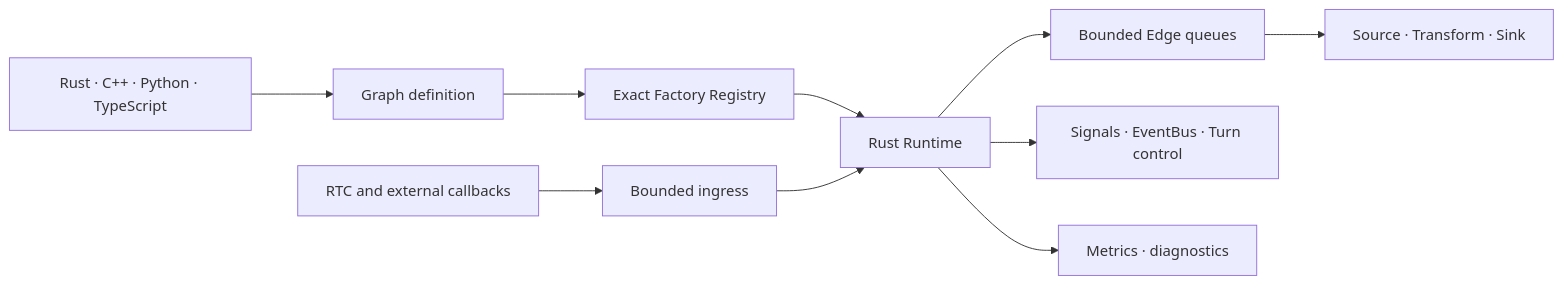
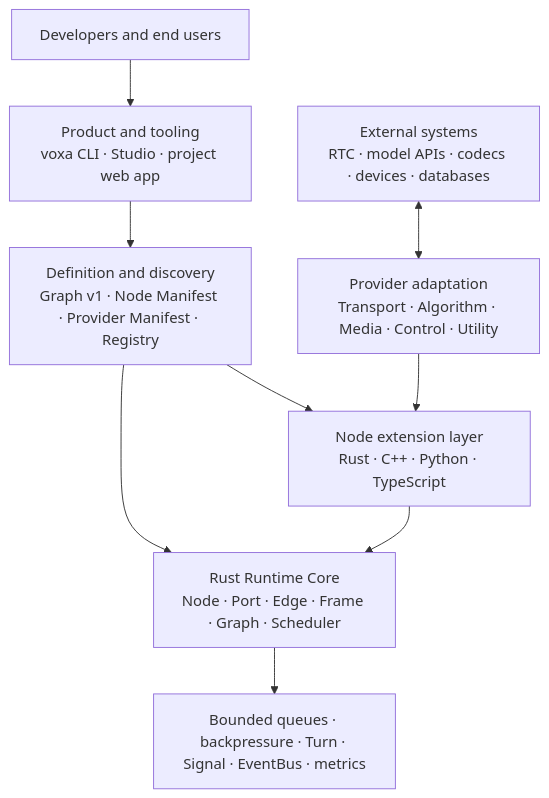
The first of 2 diagrams in docs/site/en/concepts.md (PiyotaHu/Voxa), drawn with Mermaid before and after one commit. The commit also changed other lines of this file and 18 other files, not shown here.

Commit message:
docs: explain Voxa architecture from first principles

````diff
--- a/docs/site/en/concepts.md
+++ b/docs/site/en/concepts.md
@@ -6,12 +21,19 @@
 ```mermaid
-flowchart LR
-    SDK["Rust · C++ · Python · TypeScript"] --> DEF["Graph definition"]
-    DEF --> REG["Exact Factory Registry"]
-    REG --> RT["Rust Runtime"]
-    RT --> Q["Bounded Edge queues"]
-    Q --> NODE["Source · Transform · Sink"]
-    RTC["RTC and external callbacks"] --> IN["Bounded ingress"]
-    IN --> RT
-    RT --> CTRL["Signals · EventBus · Turn control"]
-    RT --> OBS["Metrics · diagnostics"]
+flowchart TB
+    DEV["Developers and end users"]
+    SURFACE["Product and tooling<br/>voxa CLI · Studio · project web app"]
+    DEF["Definition and discovery<br/>Graph v1 · Node Manifest · Provider Manifest · Registry"]
+    LANG["Node extension layer<br/>Rust · C++ · Python · TypeScript"]
+    PROVIDER["Provider adaptation<br/>Transport · Algorithm · Media · Control · Utility"]
+    CORE["Rust Runtime Core<br/>Node · Port · Edge · Frame · Graph · Scheduler"]
+    EXTERNAL["External systems<br/>RTC · model APIs · codecs · devices · databases"]
+
+    DEV --> SURFACE
+    SURFACE --> DEF
+    DEF --> LANG
+    DEF --> CORE
+    LANG --> CORE
+    PROVIDER --> LANG
+    EXTERNAL <--> PROVIDER
+    CORE --> OBS["Bounded queues · backpressure · Turn · Signal · EventBus · metrics"]
 ```
````
